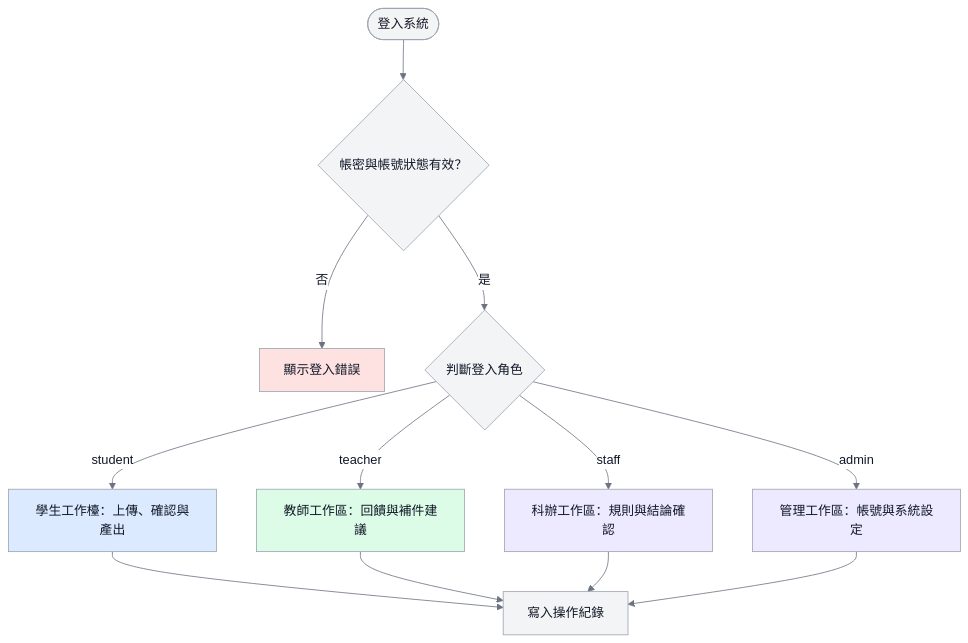
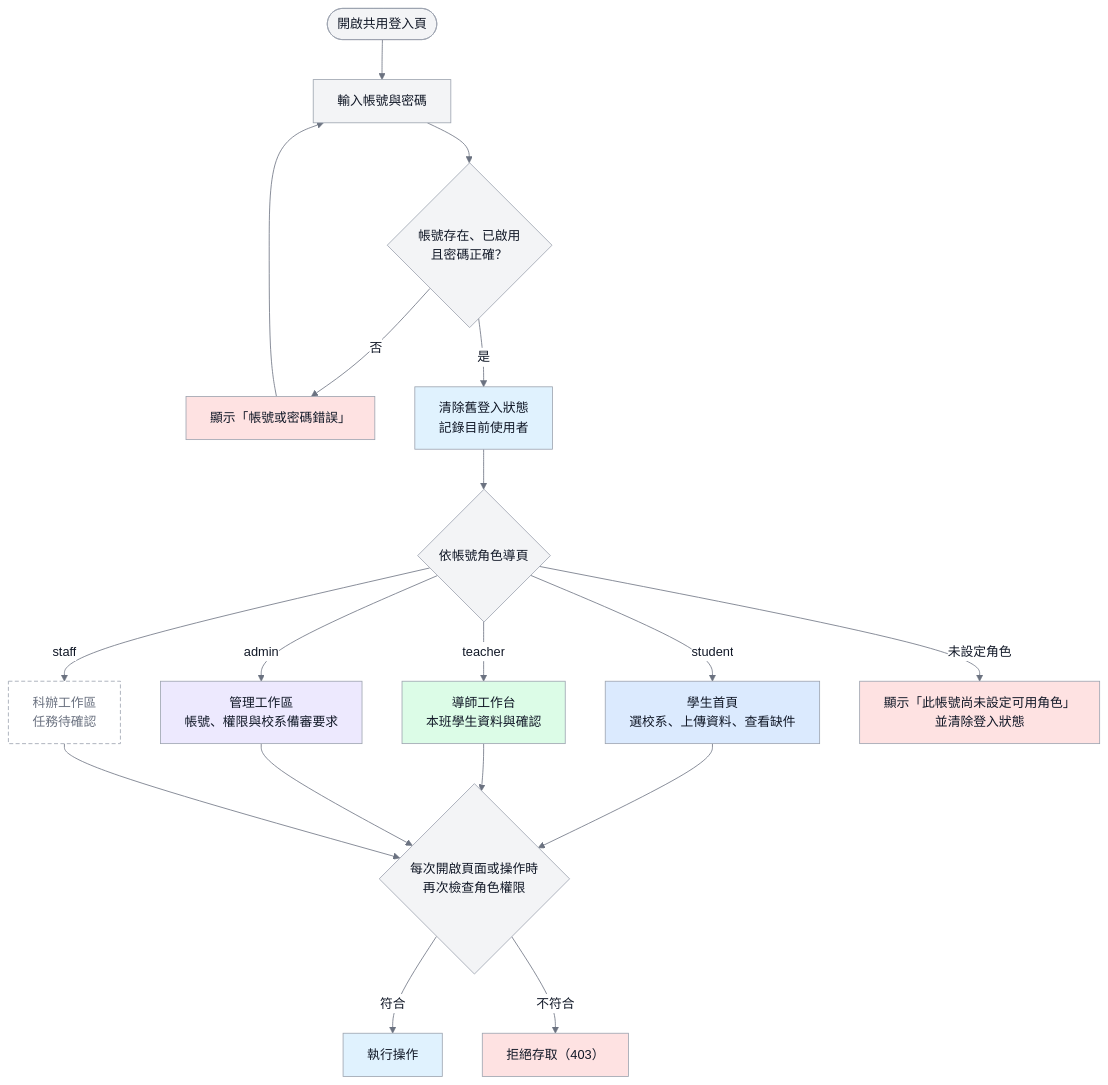
Before and after one commit to vujhdcusa/1028: the diagram in docs/images/D-02-login-role-routing.mmd, drawn with Mermaid. The commit also changed 116 other files, not shown here.

```diff
--- a/docs/images/D-02-login-role-routing.mmd
+++ b/docs/images/D-02-login-role-routing.mmd
@@ -1,19 +1,26 @@
-%%{init: {'theme':'base','themeVariables': {'fontFamily':'Microsoft JhengHei, Noto Sans TC, Arial, sans-serif','primaryColor':'#F3F4F6','primaryTextColor':'#111827','primaryBorderColor':'#9CA3AF','lineColor':'#6B7280','edgeLabelBackground':'#FFFFFF'}}}%%
+%%{init: {'theme':'base','themeVariables': {'fontFamily':'Microsoft JhengHei, Noto Sans TC, Arial, sans-serif','primaryColor':'#F3F4F6','primaryTextColor':'#111827','primaryBorderColor':'#9CA3AF','lineColor':'#6B7280','edgeLabelBackground':'#FFFFFF'},'flowchart':{'wrappingWidth':400}}}%%
 flowchart TD
-    classDef system fill:#F3F4F6,stroke:#9CA3AF,color:#111827,stroke-width:1px;
+    classDef system fill:#E0F2FE,stroke:#9CA3AF,color:#111827,stroke-width:1px;
     classDef student fill:#DBEAFE,stroke:#9CA3AF,color:#111827,stroke-width:1px;
     classDef teacher fill:#DCFCE7,stroke:#9CA3AF,color:#111827,stroke-width:1px;
-    classDef staff fill:#EDE9FE,stroke:#9CA3AF,color:#111827,stroke-width:1px;
+    classDef admin fill:#EDE9FE,stroke:#9CA3AF,color:#111827,stroke-width:1px;
     classDef alert fill:#FEE2E2,stroke:#9CA3AF,color:#111827,stroke-width:1px;
+    classDef pending fill:#FFFFFF,stroke:#9CA3AF,color:#6B7280,stroke-width:1px,stroke-dasharray:5 3;
 
-    Start([登入系統]) --> Auth{帳密與帳號狀態有效？}
-    Auth -- 否 --> Error[顯示登入錯誤]:::alert
-    Auth -- 是 --> Role{判斷登入角色}
-    Role -- student --> Student[學生工作檯：上傳、確認與產出]:::student
-    Role -- teacher --> Teacher[教師工作區：回饋與補件建議]:::teacher
-    Role -- staff --> Staff[科辦工作區：規則與結論確認]:::staff
-    Role -- admin --> Admin[管理工作區：帳號與系統設定]:::staff
-    Student --> Log[寫入操作紀錄]:::system
-    Teacher --> Log
-    Staff --> Log
-    Admin --> Log
+    Start([開啟共用登入頁]) --> Input[輸入帳號與密碼]
+    Input --> Auth{帳號存在、已啟用<br/>且密碼正確？}
+    Auth -- 否 --> Err[顯示「帳號或密碼錯誤」]:::alert
+    Err --> Input
+    Auth -- 是 --> Session[清除舊登入狀態<br/>記錄目前使用者]:::system
+    Session --> Role{依帳號角色導頁}
+    Role -- student --> S[學生首頁<br/>選校系、上傳資料、查看缺件]:::student
+    Role -- teacher --> T[導師工作台<br/>本班學生資料與確認]:::teacher
+    Role -- admin --> A[管理工作區<br/>帳號、權限與校系備審要求]:::admin
+    Role -- staff --> F[科辦工作區<br/>任務待確認]:::pending
+    Role -- 未設定角色 --> NoRole[顯示「此帳號尚未設定可用角色」<br/>並清除登入狀態]:::alert
+    S --> Guard{每次開啟頁面或操作時<br/>再次檢查角色權限}
+    T --> Guard
+    A --> Guard
+    F --> Guard
+    Guard -- 符合 --> Allow[執行操作]:::system
+    Guard -- 不符合 --> Deny[拒絕存取（403）]:::alert
```
